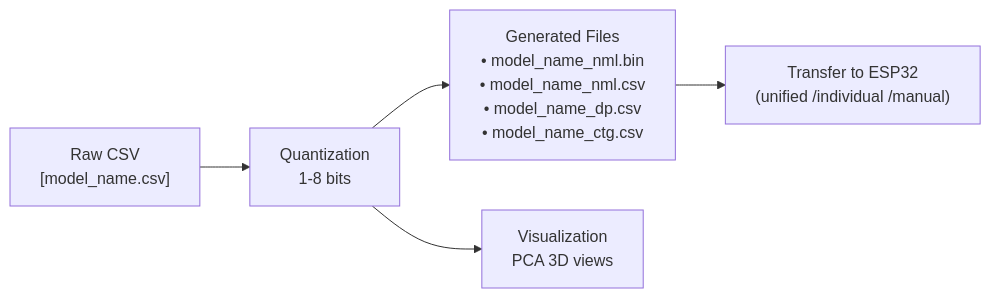
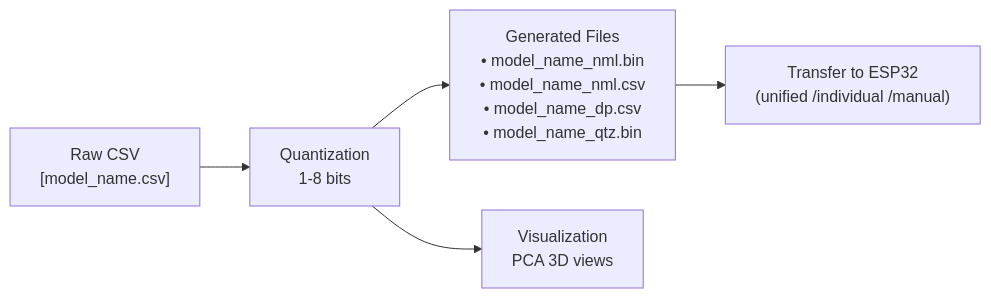
One commit to viettran-edgeAI/MCU changed the first of 3 diagrams in tools/data_quantization/README.md. Above: the diagram before and after it, drawn with Mermaid. The commit also changed other lines of this file and 113 other files, not shown here.

````diff
--- a/tools/data_quantization/README.md
+++ b/tools/data_quantization/README.md
@@ -15,7 +15,7 @@
 ```mermaid
 flowchart LR
   A["Raw CSV<br/>[model_name.csv]"] --> B["Quantization<br/>1-8 bits"]
-  B --> C["Generated Files<br/>• model_name_nml.bin <br/>• model_name_nml.csv <br/>• model_name_dp.csv <br/>• model_name_ctg.csv"]
+  B --> C["Generated Files<br/>• model_name_nml.bin <br/>• model_name_nml.csv <br/>• model_name_dp.csv <br/>• model_name_qtz.bin"]
   B --> D["Visualization<br/>PCA 3D views"]
   C --> E["Transfer to ESP32<br/> (unified /individual /manual)"]
 ```
````
